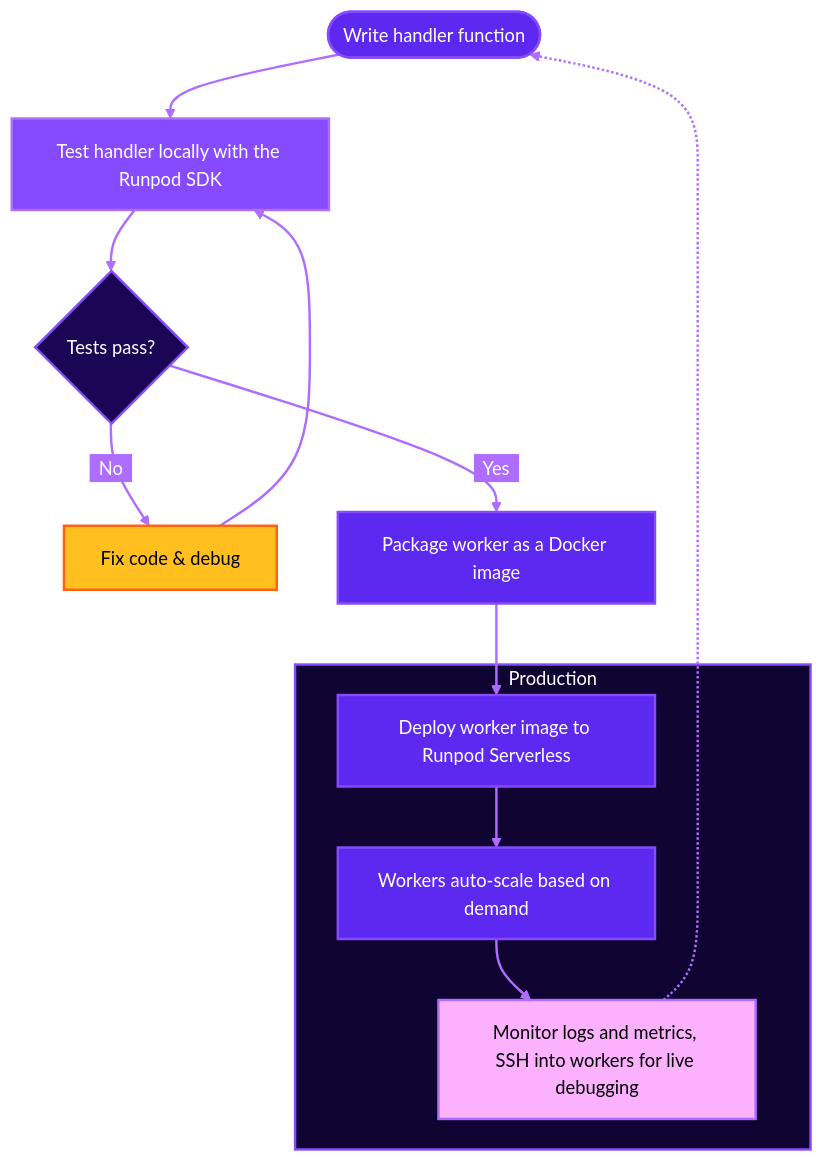
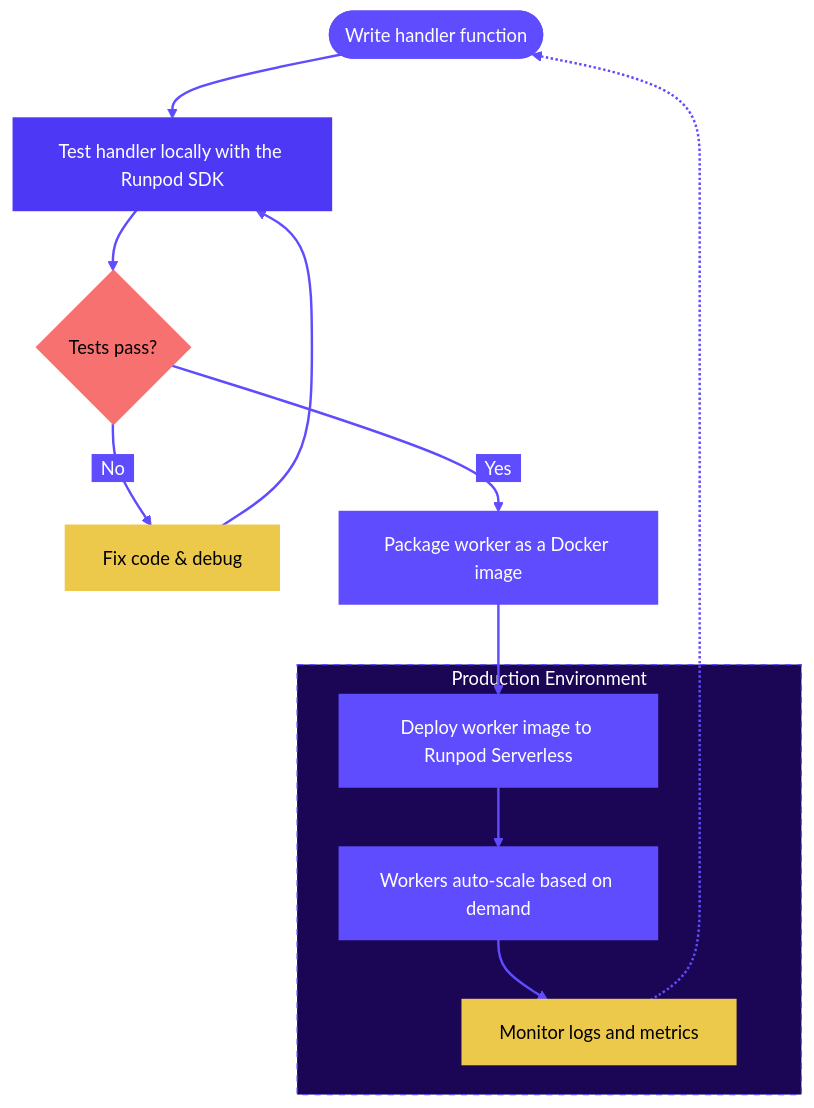
Before and after one commit to runpod/docs: the diagram in serverless/development/overview.mdx, drawn with Mermaid. The commit also changed 2 other files, not shown here.

Commit message:
Update colors for mermaid diagrams

````diff
--- a/serverless/development/overview.mdx
+++ b/serverless/development/overview.mdx
@@ -16,35 +16,40 @@
 ```mermaid
-%%{init: {'theme':'base', 'themeVariables': { 'primaryColor':'#5D29F0','primaryTextColor':'#fff','primaryBorderColor':'#874BFF','lineColor':'#AE6DFF','secondaryColor':'#AE6DFF','tertiaryColor':'#FCB1FF','edgeLabelBackground':'#AE6DFF', 'fontSize':'15px','fontFamily':'font-inter'}}}%%
+%%{init: {'theme':'base', 'themeVariables': { 'primaryColor':'#9289FE','primaryTextColor':'#fff','primaryBorderColor':'#9289FE','lineColor':'#5F4CFE','secondaryColor':'#AE6DFF','tertiaryColor':'#FCB1FF','edgeLabelBackground':'#5F4CFE', 'fontSize':'15px','fontFamily':'font-inter'}}}%%
 
 flowchart TD
     Start([Write handler function]) --> Test[Test handler locally with the Runpod SDK]
     
     Test --> Check{Tests pass?}
     
     Check -->|"&nbsp;&nbsp;No&nbsp;&nbsp;"| Fix[Fix code & debug]
     
     Fix --> Test
     
     Check -->|"&nbsp;&nbsp;Yes&nbsp;&nbsp;"| Package[Package worker as a Docker image]
     
     Package --> Deploy[Deploy worker image to Runpod Serverless]
     
-    subgraph Production [Production]
+    subgraph Production [Production Environment]
         Deploy --> Running[Workers auto-scale based on demand]
-        Running --> Monitor[Monitor logs and metrics, SSH into workers for live debugging]
+        Running --> Monitor[Monitor logs and metrics]
     end
     
     Monitor -.-> Start
 
-    style Start fill:#5D29F0,stroke:#874BFF,color:#FFFFFF,stroke-width:2px
-    style Test fill:#874BFF,stroke:#AE6DFF,color:#FFFFFF,stroke-width:2px
-    style Check fill:#1B0656,stroke:#874BFF,color:#FFFFFF,stroke-width:2px
-    style Fix fill:#FFC01F,stroke:#FF6214,color:#000000,stroke-width:2px
-    style Package fill:#5D29F0,stroke:#874BFF,color:#FFFFFF,stroke-width:2px
-    style Deploy fill:#5D29F0,stroke:#874BFF,color:#FFFFFF,stroke-width:2px
-    style Running fill:#5D29F0,stroke:#874BFF,color:#FFFFFF,stroke-width:2px
-    style Monitor fill:#FCB1FF,stroke:#AE6DFF,color:#000000,stroke-width:2px
-    style Production fill:#100433,stroke:#874BFF,color:#FFFFFF,stroke-width:2px
+    %% Applied Color Logic from Diagram 2
+    style Start fill:#5F4CFE,stroke:#5F4CFE,color:#FFFFFF,stroke-width:2px
+    style Test fill:#4D38F5,stroke:#4D38F5,color:#FFFFFF,stroke-width:2px
     
-    linkStyle default stroke-width:2px
+    style Check fill:#f87171,stroke:#f87171,color:#000000,stroke-width:2px
+    style Fix fill:#ecc94b,stroke:#ecc94b,color:#000000,stroke-width:2px
+    
+    style Package fill:#5F4CFE,stroke:#5F4CFE,color:#FFFFFF,stroke-width:2px
+    style Deploy fill:#5F4CFE,stroke:#5F4CFE,color:#FFFFFF,stroke-width:2px
+    style Running fill:#5F4CFE,stroke:#5F4CFE,color:#FFFFFF,stroke-width:2px
+    style Monitor fill:#ecc94b,stroke:#ecc94b,color:#000000,stroke-width:2px
+    
+    %% Subgraph Styling
+    style Production fill:#1B0656,stroke:#5F4CFE,color:#FFFFFF,stroke-dasharray: 5 5
+
+    linkStyle default stroke-width:2px,stroke:#5F4CFE
 ```
````
